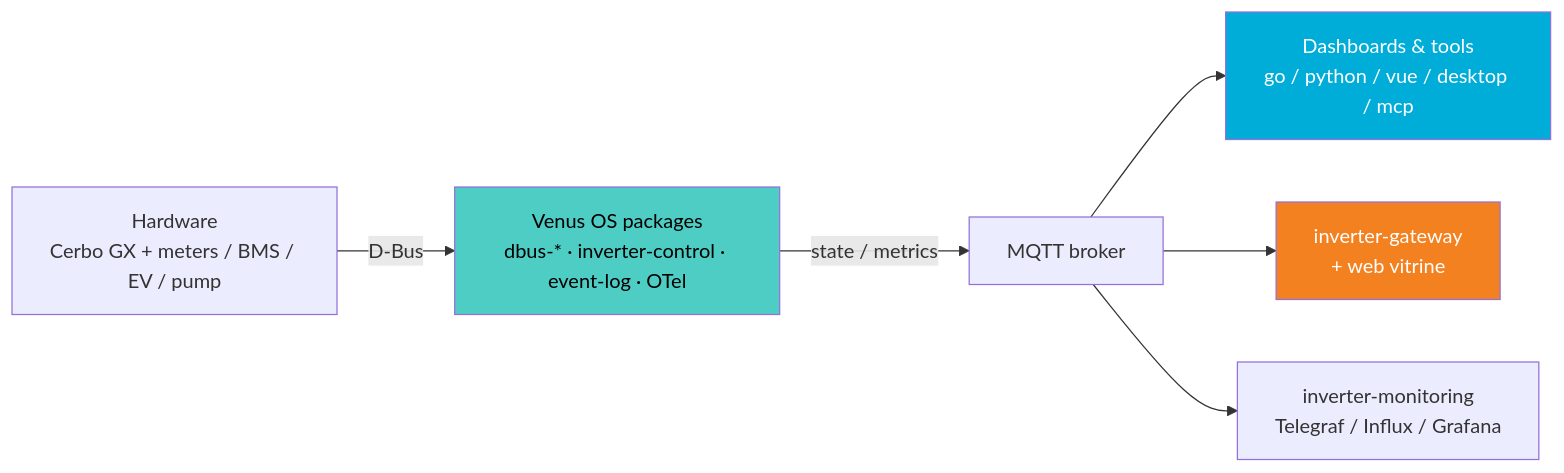
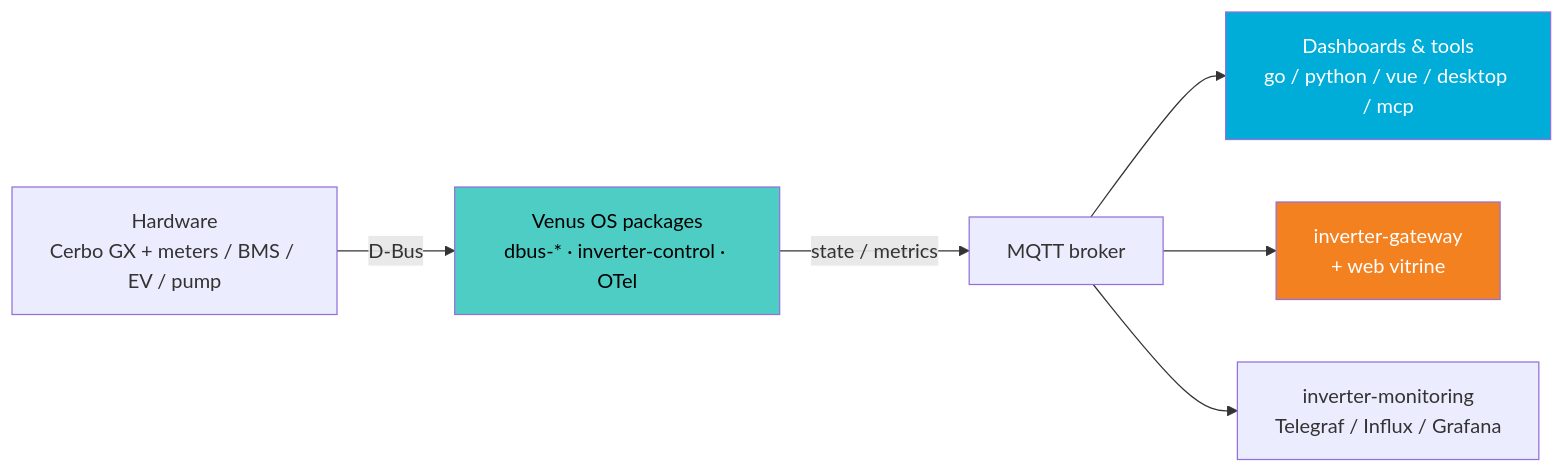
One commit to victron-venus/.github changed the diagram in profile/README.md. Above: the diagram before and after it, drawn with Mermaid. The commit also changed other lines of this file and 8 other files, not shown here.

````diff
--- a/profile/README.md
+++ b/profile/README.md
@@ -16,19 +16,19 @@
 ```mermaid
 flowchart LR
     HW["Hardware\nCerbo GX + meters / BMS / EV / pump"]
-    VENUS["Venus OS packages\ndbus-* · inverter-control · event-log · OTel"]
+    VENUS["Venus OS packages\ndbus-* · inverter-control · OTel"]
     MQTT["MQTT broker"]
     UI["Dashboards & tools\ngo / python / vue / desktop / mcp"]
     EDGE["inverter-gateway\n+ web vitrine"]
     MON["inverter-monitoring\nTelegraf / Influx / Grafana"]
 
     HW -->|"D-Bus"| VENUS
     VENUS -->|"state / metrics"| MQTT
     MQTT --> UI
     MQTT --> EDGE
     MQTT --> MON
 
     style VENUS fill:#4ecdc4,color:#000
     style EDGE fill:#f48120,color:#fff
     style UI fill:#00ADD8,color:#fff
 ```
````
